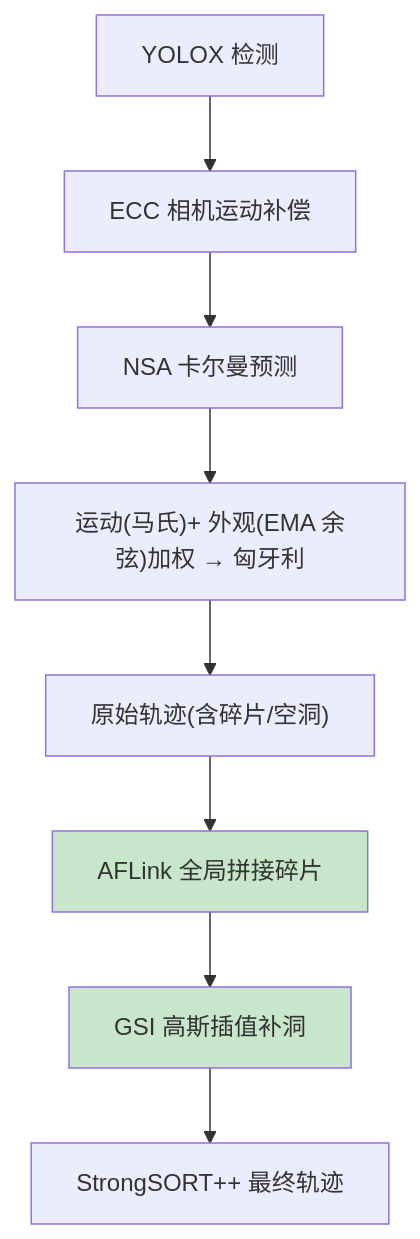
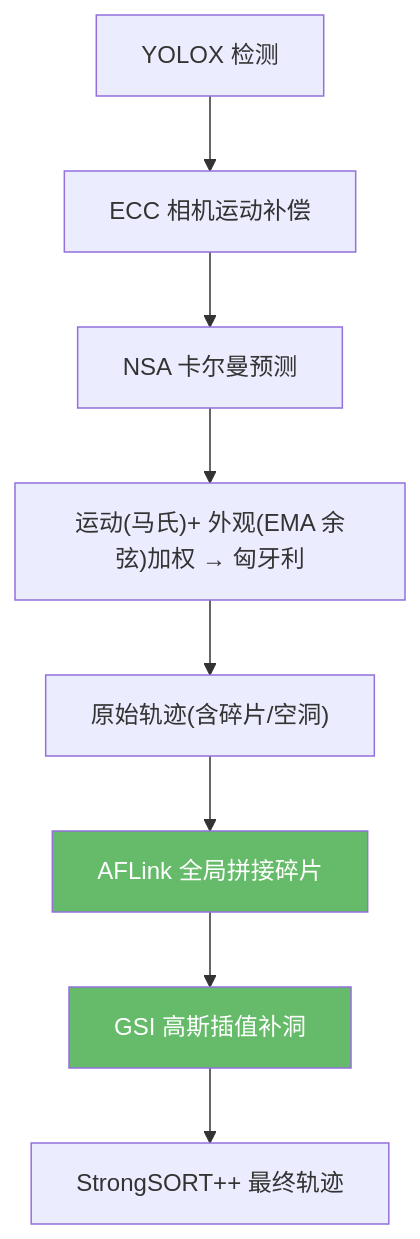
The fourth of 4 diagrams in docs/guides/tracking/strongsort.md (yyq19990828/onnxtools), drawn with Mermaid before and after one commit. The commit also changed other lines of this file and 12 other files, not shown here.

First line of the commit message:
fix(docs): 修复 mermaid 暗色模式配色 + 语法报错 + 数学公式渲染

````diff
--- a/docs/guides/tracking/strongsort.md
+++ b/docs/guides/tracking/strongsort.md
@@ -79,12 +79,12 @@
 ```mermaid
 flowchart TD
     DET["YOLOX 检测"] --> ECC["ECC 相机运动补偿"]
     ECC --> NSA["NSA 卡尔曼预测"]
     NSA --> ASSOC["运动(马氏)+ 外观(EMA 余弦)加权 → 匈牙利"]
     ASSOC --> RAW["原始轨迹(含碎片/空洞)"]
     RAW --> AFLINK["AFLink 全局拼接碎片"]
     AFLINK --> GSI["GSI 高斯插值补洞"]
     GSI --> OUT["StrongSORT++ 最终轨迹"]
-    style AFLINK fill:#c8e6c9
-    style GSI fill:#c8e6c9
+    style AFLINK fill:#66bb6a,color:#fff
+    style GSI fill:#66bb6a,color:#fff
 ```
````
